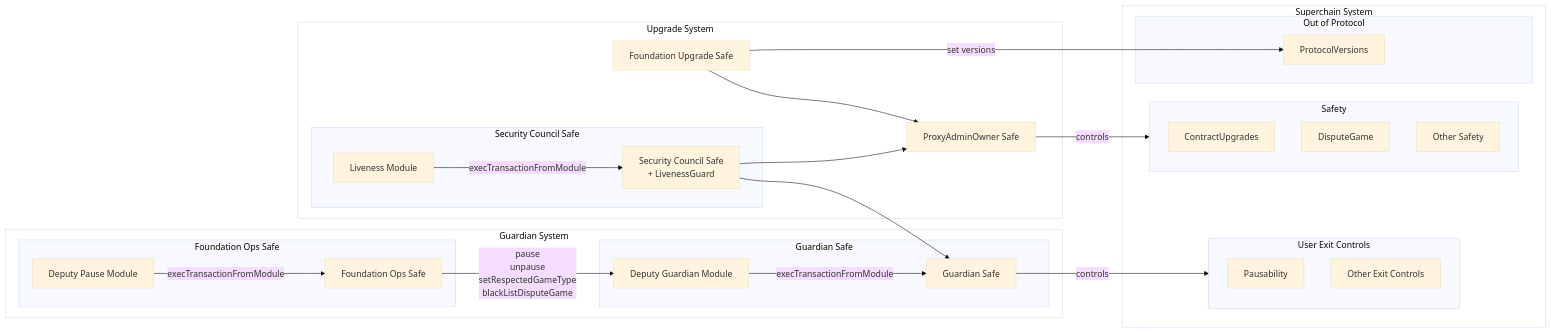
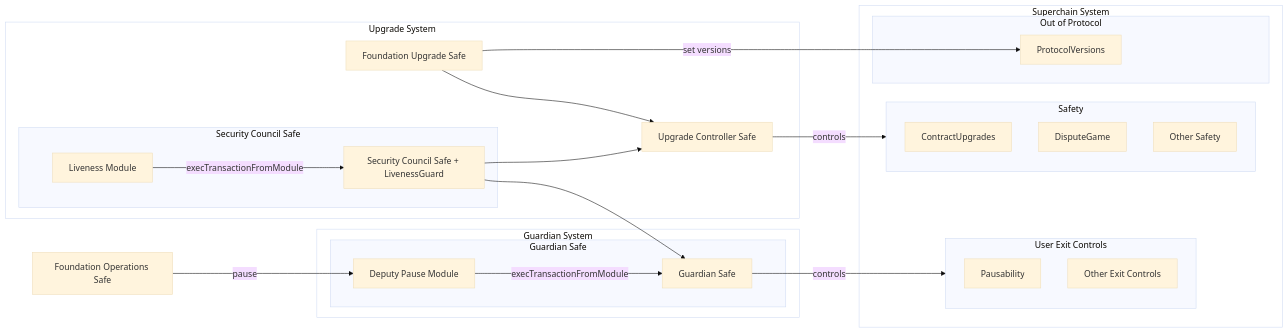
The diagram in specs/protocol/stage-1.md (ethereum-optimism/specs), drawn with Mermaid (base theme) before and after one commit. The commit also changed other lines of this file and 9 other files, not shown here.

````diff
--- a/specs/protocol/stage-1.md
+++ b/specs/protocol/stage-1.md
@@ -99,52 +205,47 @@
 ```mermaid
 flowchart LR
    subgraph SuperchainSystem[Superchain System]
       subgraph Exit[User Exit Controls]
          Pausability
          OtherExit[Other Exit Controls]
       end
       subgraph Safety
          ContractUpgrades
          DisputeGame
          OtherSafety[Other Safety]
       end
       subgraph NonProtocol[Out of Protocol]
          PV[ProtocolVersions]
       end
    end
 
    subgraph UpgradeSystem[Upgrade System]
       FndUp[Foundation Upgrade Safe]
-      POA[ProxyAdminOwner Safe]
+      UC[Upgrade Controller Safe]
       subgraph Security Council Safe
-         Council[Security Council Safe\n+ LivenessGuard]
+         Council[Security Council Safe + LivenessGuard]
          LM[Liveness Module]
       end
    end
 
    subgraph GuardianSystem[Guardian System]
       subgraph GuardianSafe[Guardian Safe]
          GS[Guardian Safe]
-         DGM[Deputy Guardian Module]
-      end
-      subgraph FndOpsSafe[Foundation Ops Safe]
-         FndOps[Foundation Ops Safe]
          DPM[Deputy Pause Module]
       end
    end
 
-    POA -->|controls| Safety
-    FndUp --> POA
-    Council --> POA
+    UC -->|controls| Safety
+    FndUp --> UC
+    Council --> UC
     Council --> GS
-    FndOps -->|pause\nunpause\nsetRespectedGameType\nblackListDisputeGame| DGM
-    DPM -->|execTransactionFromModule| FndOps
+    FndOps[Foundation Operations Safe] -->|pause| DPM
     FndUp -->|set versions|PV
     LM -->|execTransactionFromModule| Council
-    DGM -->|execTransactionFromModule| GS
+    DPM -->|execTransactionFromModule| GS
     GS -->|controls| Exit
 
    %% Declare a class to make the outer boxes somewhat transparent to provide some contrast
    classDef outer fill:#ffffff44
    class SuperchainSystem,GuardianSystem,UpgradeSystem outer
 ```
````
